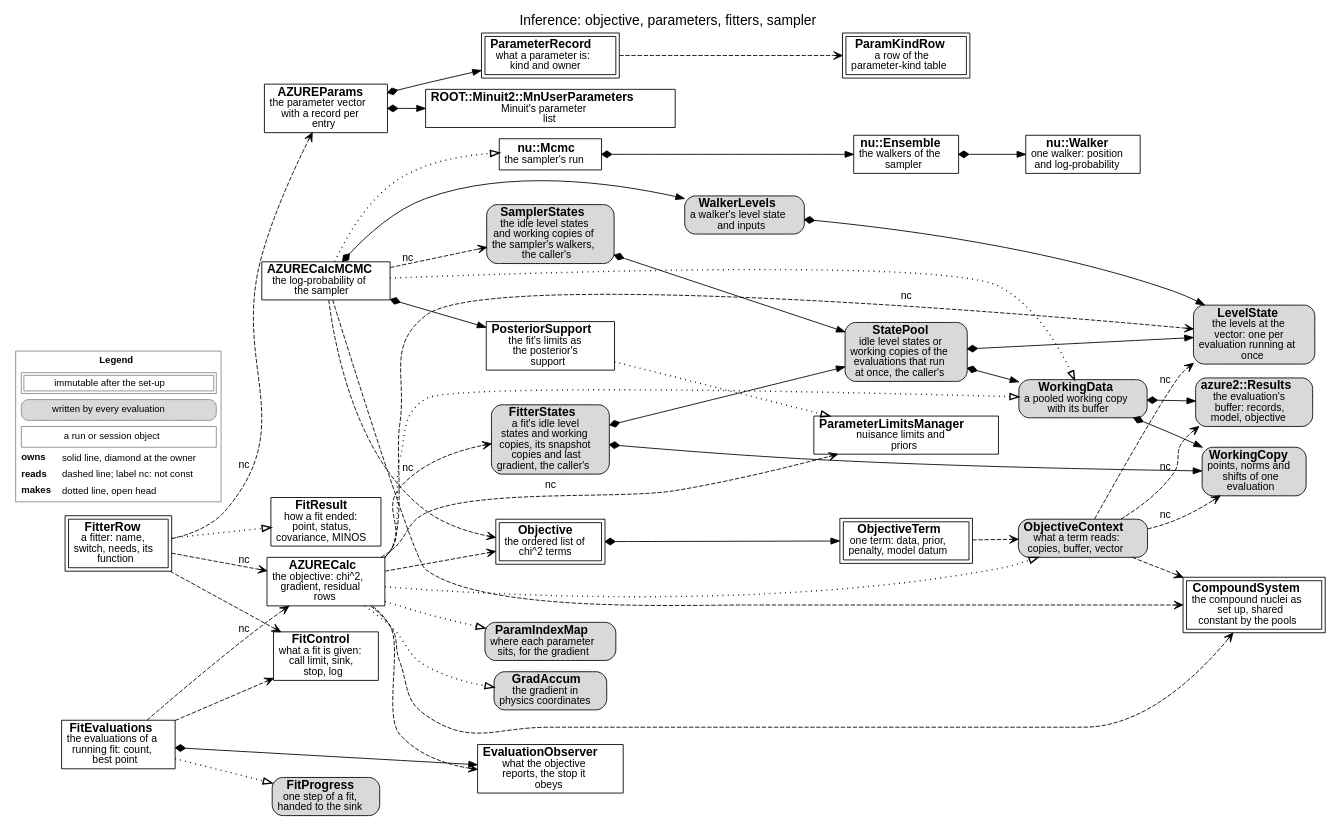
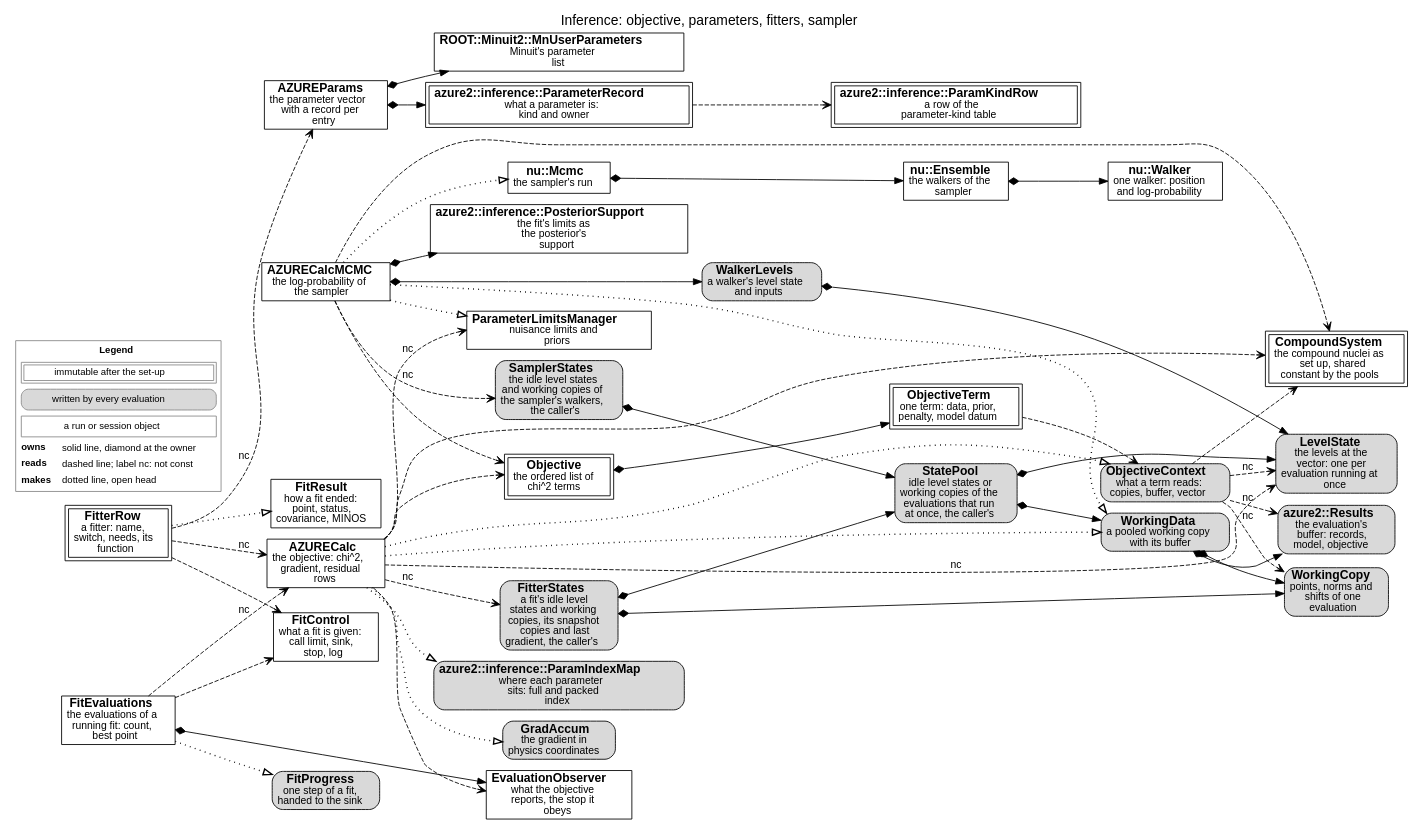
The diagram in docs/source/developer/figures/inference.dot (AZURE2DEV/AZURE2), drawn with Graphviz before and after one commit. The commit also changed 47 other files, not shown here.

```diff
--- a/docs/source/developer/figures/inference.dot
+++ b/docs/source/developer/figures/inference.dot
@@ -1,82 +1,82 @@
 digraph inference {
   graph [rankdir=LR, fontname="Helvetica", fontsize=16, labelloc=t, label="Inference: objective, parameters, fitters, sampler", nodesep=0.18, ranksep=0.3, newrank=true];
   node [fontname="Helvetica", fontsize=14, margin="0.08,0.04"];
   edge [fontname="Helvetica", fontsize=12];
   n_AZURECalc [label=<<b>AZURECalc</b><br/><font point-size="12">the objective: chi^2,<br/>gradient, residual<br/>rows</font>>, shape=box, style="filled", fillcolor="white"];
   n_WorkingData [label=<<b>WorkingData</b><br/><font point-size="12">a pooled working copy<br/>with its buffer</font>>, shape=box, style="rounded,filled", fillcolor="#d9d9d9"];
   n_CompoundSystem [label=<<b>CompoundSystem</b><br/><font point-size="12">the compound nuclei as<br/>set up, shared<br/>constant by the pools</font>>, shape=box, peripheries=2, style="filled", fillcolor="white"];
   n_LevelState [label=<<b>LevelState</b><br/><font point-size="12">the levels at the<br/>vector: one per<br/>evaluation running at<br/>once</font>>, shape=box, style="rounded,filled", fillcolor="#d9d9d9"];
   n_StatePool [label=<<b>StatePool</b><br/><font point-size="12">idle level states or<br/>working copies of the<br/>evaluations that run<br/>at once, the caller&#x27;s</font>>, shape=box, style="rounded,filled", fillcolor="#d9d9d9"];
   n_FitterStates [label=<<b>FitterStates</b><br/><font point-size="12">a fit&#x27;s idle level<br/>states and working<br/>copies, its snapshot<br/>copies and last<br/>gradient, the caller&#x27;s</font>>, shape=box, style="rounded,filled", fillcolor="#d9d9d9"];
   n_SamplerStates [label=<<b>SamplerStates</b><br/><font point-size="12">the idle level states<br/>and working copies of<br/>the sampler&#x27;s walkers,<br/>the caller&#x27;s</font>>, shape=box, style="rounded,filled", fillcolor="#d9d9d9"];
   n_WalkerLevels [label=<<b>WalkerLevels</b><br/><font point-size="12">a walker&#x27;s level state<br/>and inputs</font>>, shape=box, style="rounded,filled", fillcolor="#d9d9d9"];
   n_WorkingCopy [label=<<b>WorkingCopy</b><br/><font point-size="12">points, norms and<br/>shifts of one<br/>evaluation</font>>, shape=box, style="rounded,filled", fillcolor="#d9d9d9"];
   n_azure2__Results [label=<<b>azure2::Results</b><br/><font point-size="12">the evaluation&#x27;s<br/>buffer: records,<br/>model, objective</font>>, shape=box, style="rounded,filled", fillcolor="#d9d9d9"];
   n_ObjectiveContext [label=<<b>ObjectiveContext</b><br/><font point-size="12">what a term reads:<br/>copies, buffer, vector</font>>, shape=box, style="rounded,filled", fillcolor="#d9d9d9"];
   n_Objective [label=<<b>Objective</b><br/><font point-size="12">the ordered list of<br/>chi^2 terms</font>>, shape=box, peripheries=2, style="filled", fillcolor="white"];
   n_ObjectiveTerm [label=<<b>ObjectiveTerm</b><br/><font point-size="12">one term: data, prior,<br/>penalty, model datum</font>>, shape=box, peripheries=2, style="filled", fillcolor="white"];
   n_AZUREParams [label=<<b>AZUREParams</b><br/><font point-size="12">the parameter vector<br/>with a record per<br/>entry</font>>, shape=box, style="filled", fillcolor="white"];
   n_ROOT__Minuit2__MnUserParameters [label=<<b>ROOT::Minuit2::MnUserParameters</b><br/><font point-size="12">Minuit&#x27;s parameter<br/>list</font>>, shape=box, style="filled", fillcolor="white"];
-  n_ParameterRecord [label=<<b>ParameterRecord</b><br/><font point-size="12">what a parameter is:<br/>kind and owner</font>>, shape=box, peripheries=2, style="filled", fillcolor="white"];
-  n_ParamKindRow [label=<<b>ParamKindRow</b><br/><font point-size="12">a row of the<br/>parameter-kind table</font>>, shape=box, peripheries=2, style="filled", fillcolor="white"];
-  n_ParamIndexMap [label=<<b>ParamIndexMap</b><br/><font point-size="12">where each parameter<br/>sits, for the gradient</font>>, shape=box, style="rounded,filled", fillcolor="#d9d9d9"];
+  n_azure2__inference__ParameterRecord [label=<<b>azure2::inference::ParameterRecord</b><br/><font point-size="12">what a parameter is:<br/>kind and owner</font>>, shape=box, peripheries=2, style="filled", fillcolor="white"];
+  n_azure2__inference__ParamKindRow [label=<<b>azure2::inference::ParamKindRow</b><br/><font point-size="12">a row of the<br/>parameter-kind table</font>>, shape=box, peripheries=2, style="filled", fillcolor="white"];
+  n_azure2__inference__ParamIndexMap [label=<<b>azure2::inference::ParamIndexMap</b><br/><font point-size="12">where each parameter<br/>sits: full and packed<br/>index</font>>, shape=box, style="rounded,filled", fillcolor="#d9d9d9"];
   n_GradAccum [label=<<b>GradAccum</b><br/><font point-size="12">the gradient in<br/>physics coordinates</font>>, shape=box, style="rounded,filled", fillcolor="#d9d9d9"];
   n_ParameterLimitsManager [label=<<b>ParameterLimitsManager</b><br/><font point-size="12">nuisance limits and<br/>priors</font>>, shape=box, style="filled", fillcolor="white"];
   n_FitterRow [label=<<b>FitterRow</b><br/><font point-size="12">a fitter: name,<br/>switch, needs, its<br/>function</font>>, shape=box, peripheries=2, style="filled", fillcolor="white"];
   n_FitControl [label=<<b>FitControl</b><br/><font point-size="12">what a fit is given:<br/>call limit, sink,<br/>stop, log</font>>, shape=box, style="filled", fillcolor="white"];
   n_FitResult [label=<<b>FitResult</b><br/><font point-size="12">how a fit ended:<br/>point, status,<br/>covariance, MINOS</font>>, shape=box, style="filled", fillcolor="white"];
   n_FitProgress [label=<<b>FitProgress</b><br/><font point-size="12">one step of a fit,<br/>handed to the sink</font>>, shape=box, style="rounded,filled", fillcolor="#d9d9d9"];
   n_EvaluationObserver [label=<<b>EvaluationObserver</b><br/><font point-size="12">what the objective<br/>reports, the stop it<br/>obeys</font>>, shape=box, style="filled", fillcolor="white"];
   n_FitEvaluations [label=<<b>FitEvaluations</b><br/><font point-size="12">the evaluations of a<br/>running fit: count,<br/>best point</font>>, shape=box, style="filled", fillcolor="white"];
   n_AZURECalcMCMC [label=<<b>AZURECalcMCMC</b><br/><font point-size="12">the log-probability of<br/>the sampler</font>>, shape=box, style="filled", fillcolor="white"];
-  n_PosteriorSupport [label=<<b>PosteriorSupport</b><br/><font point-size="12">the fit&#x27;s limits as<br/>the posterior&#x27;s<br/>support</font>>, shape=box, style="filled", fillcolor="white"];
+  n_azure2__inference__PosteriorSupport [label=<<b>azure2::inference::PosteriorSupport</b><br/><font point-size="12">the fit&#x27;s limits as<br/>the posterior&#x27;s<br/>support</font>>, shape=box, style="filled", fillcolor="white"];
   n_nu__Mcmc [label=<<b>nu::Mcmc</b><br/><font point-size="12">the sampler&#x27;s run</font>>, shape=box, style="filled", fillcolor="white"];
   n_nu__Ensemble [label=<<b>nu::Ensemble</b><br/><font point-size="12">the walkers of the<br/>sampler</font>>, shape=box, style="filled", fillcolor="white"];
   n_nu__Walker [label=<<b>nu::Walker</b><br/><font point-size="12">one walker: position<br/>and log-probability</font>>, shape=box, style="filled", fillcolor="white"];
   n_AZURECalc -> n_WorkingData [style=dotted, penwidth=1.6, arrowhead=empty];
   n_AZURECalc -> n_CompoundSystem [style=dashed, arrowhead=vee];
   n_AZURECalc -> n_FitterStates [style=dashed, arrowhead=vee, label=" nc"];
   n_AZURECalc -> n_LevelState [style=dashed, arrowhead=vee, label=" nc"];
   n_FitterStates -> n_StatePool [style=solid, dir=both, arrowtail=diamond, arrowhead=normal];
   n_FitterStates -> n_WorkingCopy [style=solid, dir=both, arrowtail=diamond, arrowhead=normal];
   n_StatePool -> n_LevelState [style=solid, dir=both, arrowtail=diamond, arrowhead=normal];
   n_StatePool -> n_WorkingData [style=solid, dir=both, arrowtail=diamond, arrowhead=normal];
   n_WorkingData -> n_WorkingCopy [style=solid, dir=both, arrowtail=diamond, arrowhead=normal];
   n_WorkingData -> n_azure2__Results [style=solid, dir=both, arrowtail=diamond, arrowhead=normal];
   n_AZURECalc -> n_ObjectiveContext [style=dotted, penwidth=1.6, arrowhead=empty];
   n_ObjectiveContext -> n_CompoundSystem [style=dashed, arrowhead=vee];
   n_ObjectiveContext -> n_LevelState [style=dashed, arrowhead=vee, label=" nc"];
   n_ObjectiveContext -> n_WorkingCopy [style=dashed, arrowhead=vee, label=" nc"];
   n_ObjectiveContext -> n_azure2__Results [style=dashed, arrowhead=vee, label=" nc"];
   n_Objective -> n_ObjectiveTerm [style=solid, dir=both, arrowtail=diamond, arrowhead=normal];
   n_ObjectiveTerm -> n_ObjectiveContext [style=dashed, arrowhead=vee];
   n_AZURECalc -> n_ParameterLimitsManager [style=dashed, arrowhead=vee, label=" nc"];
   n_AZUREParams -> n_ROOT__Minuit2__MnUserParameters [style=solid, dir=both, arrowtail=diamond, arrowhead=normal];
-  n_AZUREParams -> n_ParameterRecord [style=solid, dir=both, arrowtail=diamond, arrowhead=normal];
-  n_ParameterRecord -> n_ParamKindRow [style=dashed, arrowhead=vee];
-  n_AZURECalc -> n_ParamIndexMap [style=dotted, penwidth=1.6, arrowhead=empty];
+  n_AZUREParams -> n_azure2__inference__ParameterRecord [style=solid, dir=both, arrowtail=diamond, arrowhead=normal];
+  n_azure2__inference__ParameterRecord -> n_azure2__inference__ParamKindRow [style=dashed, arrowhead=vee];
+  n_AZURECalc -> n_azure2__inference__ParamIndexMap [style=dotted, penwidth=1.6, arrowhead=empty];
   n_AZURECalc -> n_GradAccum [style=dotted, penwidth=1.6, arrowhead=empty];
   n_AZURECalcMCMC -> n_WorkingData [style=dotted, penwidth=1.6, arrowhead=empty];
   n_AZURECalcMCMC -> n_CompoundSystem [style=dashed, arrowhead=vee];
   n_AZURECalcMCMC -> n_WalkerLevels [style=solid, dir=both, arrowtail=diamond, arrowhead=normal];
   n_AZURECalcMCMC -> n_SamplerStates [style=dashed, arrowhead=vee, label=" nc"];
   n_SamplerStates -> n_StatePool [style=solid, dir=both, arrowtail=diamond, arrowhead=normal];
   n_WalkerLevels -> n_LevelState [style=solid, dir=both, arrowtail=diamond, arrowhead=normal];
-  n_AZURECalcMCMC -> n_PosteriorSupport [style=solid, dir=both, arrowtail=diamond, arrowhead=normal];
-  n_PosteriorSupport -> n_ParameterLimitsManager [style=dotted, penwidth=1.6, arrowhead=empty];
+  n_AZURECalcMCMC -> n_azure2__inference__PosteriorSupport [style=solid, dir=both, arrowtail=diamond, arrowhead=normal];
+  n_AZURECalcMCMC -> n_ParameterLimitsManager [style=dotted, penwidth=1.6, arrowhead=empty];
   n_nu__Mcmc -> n_nu__Ensemble [style=solid, dir=both, arrowtail=diamond, arrowhead=normal];
   n_nu__Ensemble -> n_nu__Walker [style=solid, dir=both, arrowtail=diamond, arrowhead=normal];
   n_AZURECalc -> n_Objective [style=dashed, arrowhead=vee];
   n_FitterRow -> n_AZUREParams [style=dashed, arrowhead=vee, label=" nc"];
   n_FitterRow -> n_AZURECalc [style=dashed, arrowhead=vee, label=" nc"];
   n_FitterRow -> n_FitControl [style=dashed, arrowhead=vee];
   n_FitterRow -> n_FitResult [style=dotted, penwidth=1.6, arrowhead=empty];
   n_FitEvaluations -> n_AZURECalc [style=dashed, arrowhead=vee, label=" nc"];
   n_FitEvaluations -> n_EvaluationObserver [style=solid, dir=both, arrowtail=diamond, arrowhead=normal];
   n_FitEvaluations -> n_FitControl [style=dashed, arrowhead=vee];
   n_FitEvaluations -> n_FitProgress [style=dotted, penwidth=1.6, arrowhead=empty];
   n_AZURECalc -> n_EvaluationObserver [style=dashed, arrowhead=vee];
   n_AZURECalcMCMC -> n_nu__Mcmc [style=dotted, penwidth=1.6, arrowhead=empty];
   n_AZURECalcMCMC -> n_Objective [style=dashed, arrowhead=vee];
   legend [shape=plaintext, fontsize=11, label=<<TABLE BORDER="1" CELLBORDER="0" CELLSPACING="3" COLOR="#888888"><TR><TD COLSPAN="2"><B>Legend</B></TD></TR><TR><TD COLSPAN="2"><TABLE BORDER="1" CELLBORDER="1" CELLSPACING="2" CELLPADDING="2"><TR><TD>immutable after the set-up</TD></TR></TABLE></TD></TR><TR><TD COLSPAN="2"><TABLE BORDER="1" CELLBORDER="0" CELLPADDING="3" STYLE="rounded" BGCOLOR="#d9d9d9"><TR><TD>written by every evaluation</TD></TR></TABLE></TD></TR><TR><TD COLSPAN="2"><TABLE BORDER="1" CELLBORDER="0" CELLPADDING="3" ><TR><TD>a run or session object</TD></TR></TABLE></TD></TR><TR><TD ALIGN="LEFT"><B>owns</B></TD><TD ALIGN="LEFT">solid line, diamond at the owner</TD></TR><TR><TD ALIGN="LEFT"><B>reads</B></TD><TD ALIGN="LEFT">dashed line; label nc: not const</TD></TR><TR><TD ALIGN="LEFT"><B>makes</B></TD><TD ALIGN="LEFT">dotted line, open head</TD></TR></TABLE>>];
 }
```
